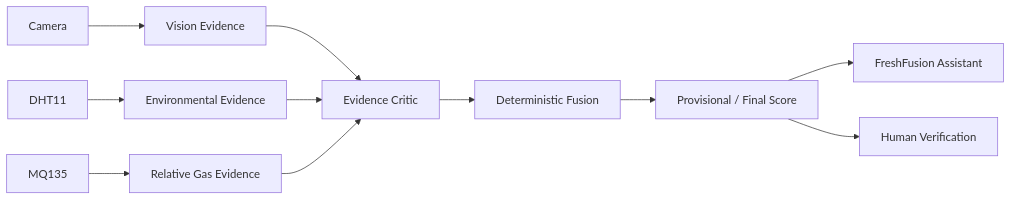
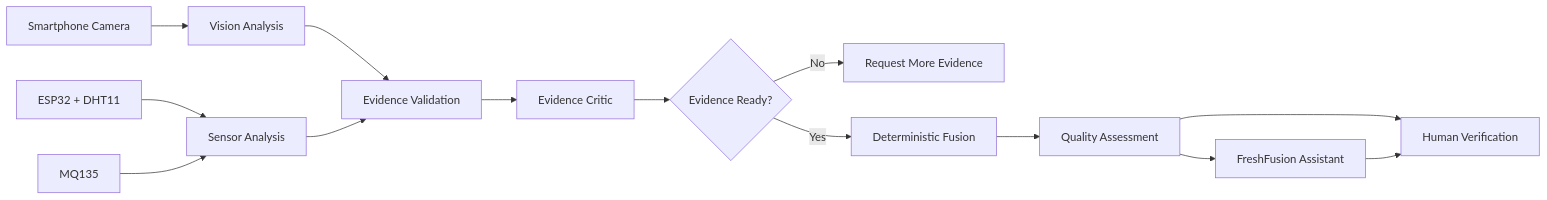
One commit to thetarunsahu/Fresh-Fusion- changed the diagram in README.md. Above: the diagram before and after it, drawn with Mermaid. The commit also changed other lines of this file, not shown here.

````diff
--- a/README.md
+++ b/README.md
@@ -152,17 +70,24 @@
 ```mermaid
 flowchart LR
 
-    A["Camera"] --> B["Vision Evidence"]
-    C["DHT11"] --> D["Environmental Evidence"]
-    E["MQ135"] --> F["Relative Gas Evidence"]
+    A["Smartphone Camera"] --> D["Vision Analysis"]
+    B["ESP32 + DHT11"] --> E["Sensor Analysis"]
+    C["MQ135"] --> E
 
-    B --> G["Evidence Critic"]
-    D --> G
-    F --> G
+    D --> F["Evidence Validation"]
+    E --> F
 
-    G --> H["Deterministic Fusion"]
+    F --> G["Evidence Critic"]
 
-    H --> I["Provisional / Final Score"]
-    I --> J["FreshFusion Assistant"]
-    I --> K["Human Verification"]
+    G --> H{"Evidence Ready?"}
+
+    H -->|No| I["Request More Evidence"]
+    H -->|Yes| J["Deterministic Fusion"]
+
+    J --> K["Quality Assessment"]
+
+    K --> L["FreshFusion Assistant"]
+    K --> M["Human Verification"]
+
+    L --> M
 ```
````
